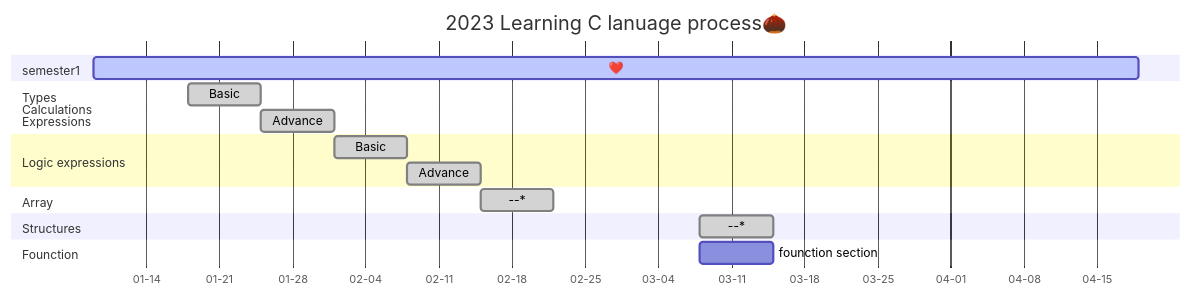
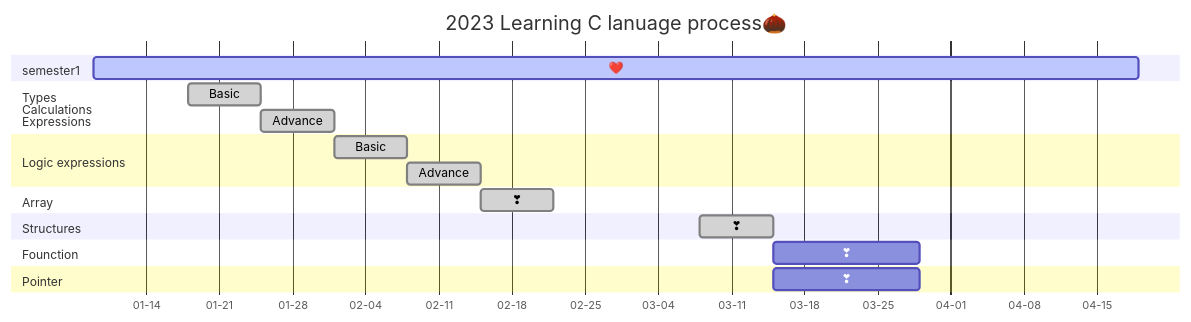
Before and after one commit to AimeeWen1992/Learning-C: the diagram in README.md, drawn with Mermaid.

````diff
--- a/README.md
+++ b/README.md
@@ -15,26 +15,28 @@
 ```mermaid
 gantt
 title 2023 Learning C lanuage process🌰 
 dateFormat YYYY-MM-DD
 axisFormat %m-%d
 
 section semester1
         ❤️:active,01-09,100d
 section Types<br />Calculations<br />Expressions
  Basic   :done,01-18,7d
  Advance :done,01-25,7d
 
 section Logic expressions
 Basic   :done,02-01,7d
 Advance :done,02-08,7d
 
 section Array
---*:done,02-15,7d
+ ❣   :done,02-15,7d
 
 section Structures
---*:done,03-08,7d
+ ❣   :done,03-08,7d
 
 section Founction
-founction section:03-08,7d
+ ❣   :03-15,14d
 
+section Pointer
+ ❣   :03-15,14d
 ```
````
